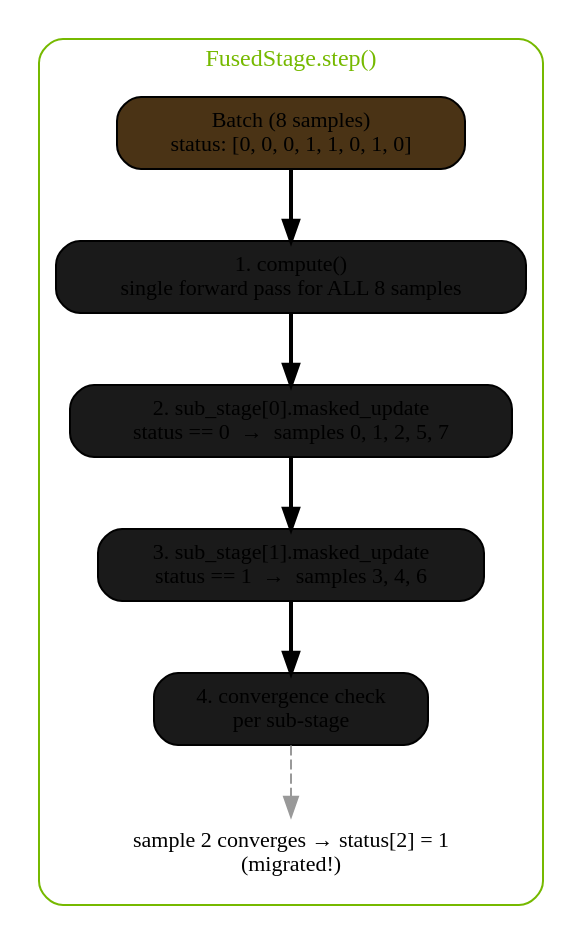
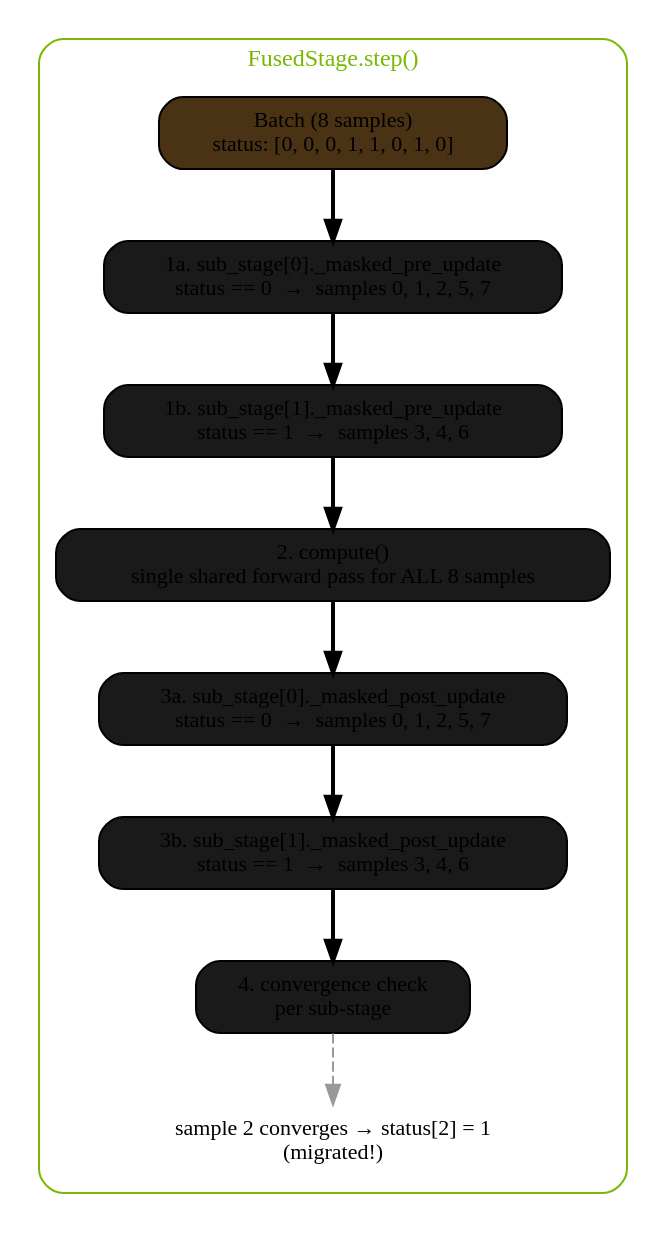
The diagram in docs/modules/dynamics/fused_stage.rst (NVIDIA/nvalchemi-toolkit), drawn with Graphviz before and after one commit. The commit also changed other lines of this file and 5 other files, not shown here.

```diff
--- a/docs/modules/dynamics/fused_stage.rst
+++ b/docs/modules/dynamics/fused_stage.rst
@@ -57,29 +57,29 @@
 .. graphviz::
    :caption: A single fused step with status-based masked updates.
 
    digraph fused_step {
        rankdir=TB
        node [fontsize=11 shape=box style="rounded,filled" fillcolor="#1a1a1a"]
        edge [fontsize=10]
 
        subgraph cluster_step {
            label="FusedStage.step()"
            style=rounded
            color="#76b900"
            fontcolor="#76b900"
            fontsize=12
 
            batch   [label="Batch (8 samples)\nstatus: [0, 0, 0, 1, 1, 0, 1, 0]" fillcolor="#4a3315"]
-           compute [label="1. compute()\nsingle forward pass for ALL 8 samples"]
-           mask0   [label="2. sub_stage[0].masked_update\nstatus == 0  →  samples 0, 1, 2, 5, 7"]
-           mask1   [label="3. sub_stage[1].masked_update\nstatus == 1  →  samples 3, 4, 6"]
+           pre0    [label="1a. sub_stage[0]._masked_pre_update\nstatus == 0  →  samples 0, 1, 2, 5, 7"]
+           pre1    [label="1b. sub_stage[1]._masked_pre_update\nstatus == 1  →  samples 3, 4, 6"]
+           compute [label="2. compute()\nsingle shared forward pass for ALL 8 samples"]
+           post0   [label="3a. sub_stage[0]._masked_post_update\nstatus == 0  →  samples 0, 1, 2, 5, 7"]
+           post1   [label="3b. sub_stage[1]._masked_post_update\nstatus == 1  →  samples 3, 4, 6"]
            conv    [label="4. convergence check\nper sub-stage"]
            migrate [label="sample 2 converges → status[2] = 1\n(migrated!)" shape=plaintext fillcolor=none style=""]
 
-           batch -> compute [style=bold]
-           compute -> mask0 [style=bold]
-           mask0 -> mask1 [style=bold]
-           mask1 -> conv [style=bold]
+           batch -> pre0 [style=bold]
+           pre0 -> pre1 -> compute -> post0 -> post1 -> conv [style=bold]
            conv -> migrate [style=dashed color="#999999"]
        }
    }
```
